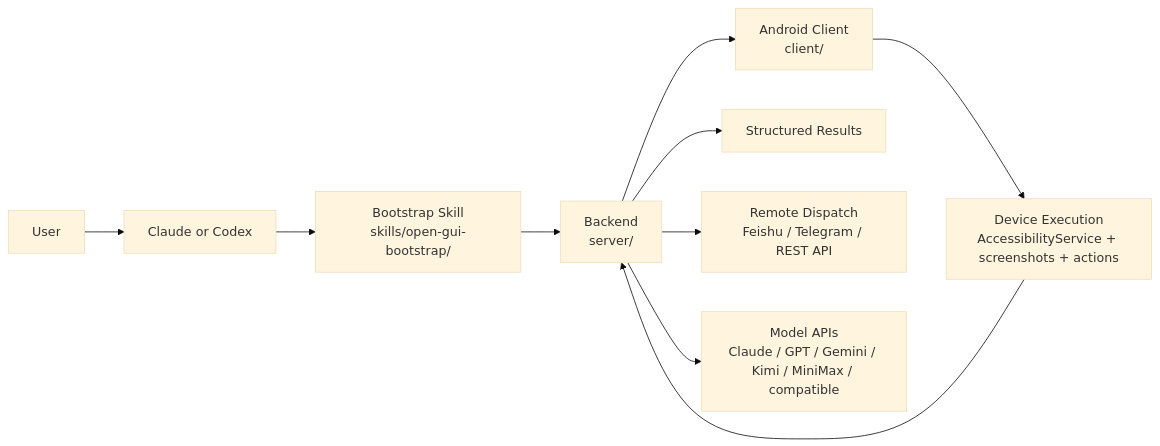
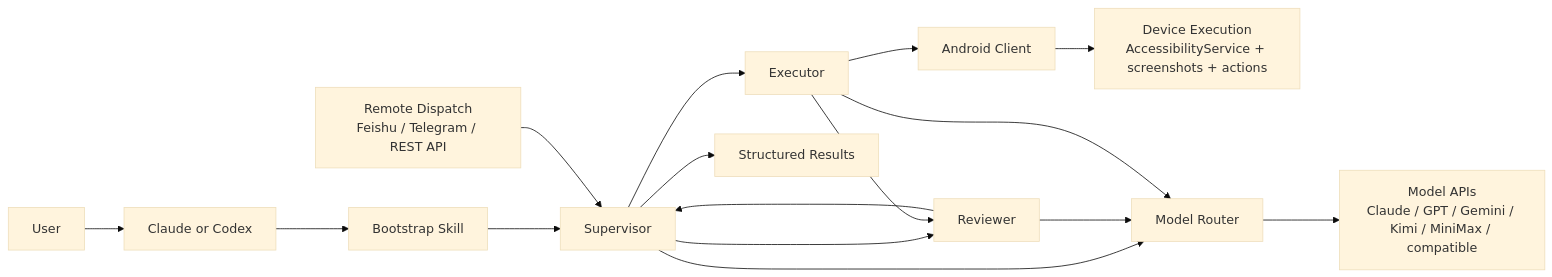
The diagram in README.md (Core-Mate/OpenGUI), drawn with Mermaid (base theme) before and after one commit. The commit also changed other lines of this file, not shown here.

````diff
--- a/README.md
+++ b/README.md
@@ -49,12 +68,22 @@
 ```mermaid
 flowchart LR
     U["User"] --> A["Claude or Codex"]
-    A --> S["Bootstrap Skill\nskills/open-gui-bootstrap/"]
-    S --> B["Backend\nserver/"]
-    B --> C["Android Client\nclient/"]
-    C --> D["Device Execution\nAccessibilityService + screenshots + actions"]
-    D --> B
-    B --> R["Structured Results"]
-    B --> X["Remote Dispatch\nFeishu / Telegram / REST API"]
-    B --> M["Model APIs\nClaude / GPT / Gemini / Kimi / MiniMax / compatible"]
+    A --> BS["Bootstrap Skill"]
+    BS --> SP
+
+    RD["Remote Dispatch\nFeishu / Telegram / REST API"] --> SP["Supervisor"]
+    SP --> EX["Executor"]
+    SP --> RV["Reviewer"]
+    EX --> RV
+    RV --> SP
+
+    EX --> AC["Android Client"]
+    AC --> DE["Device Execution\nAccessibilityService + screenshots + actions"]
+
+    SP --> MR["Model Router"]
+    MR --> MA["Model APIs\nClaude / GPT / Gemini / Kimi / MiniMax / compatible"]
+    RV --> MR
+    EX --> MR
+
+    SP --> SR["Structured Results"]
 ```
````
